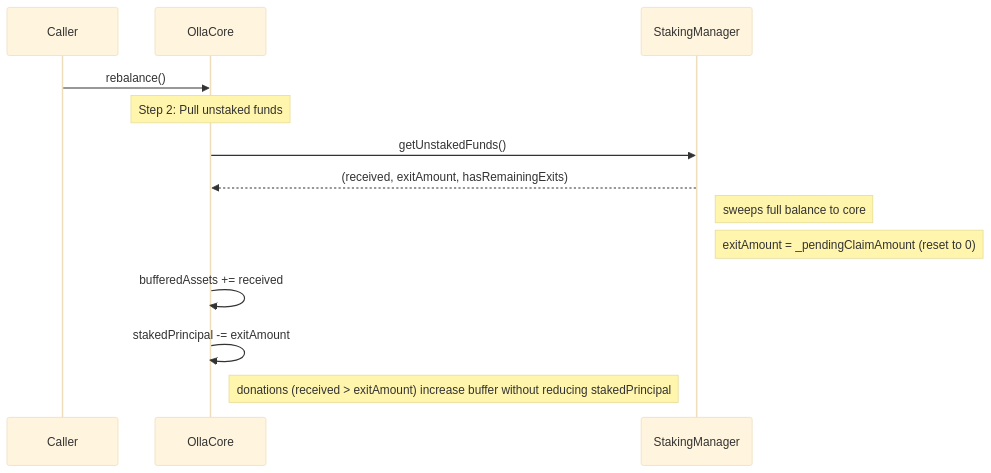
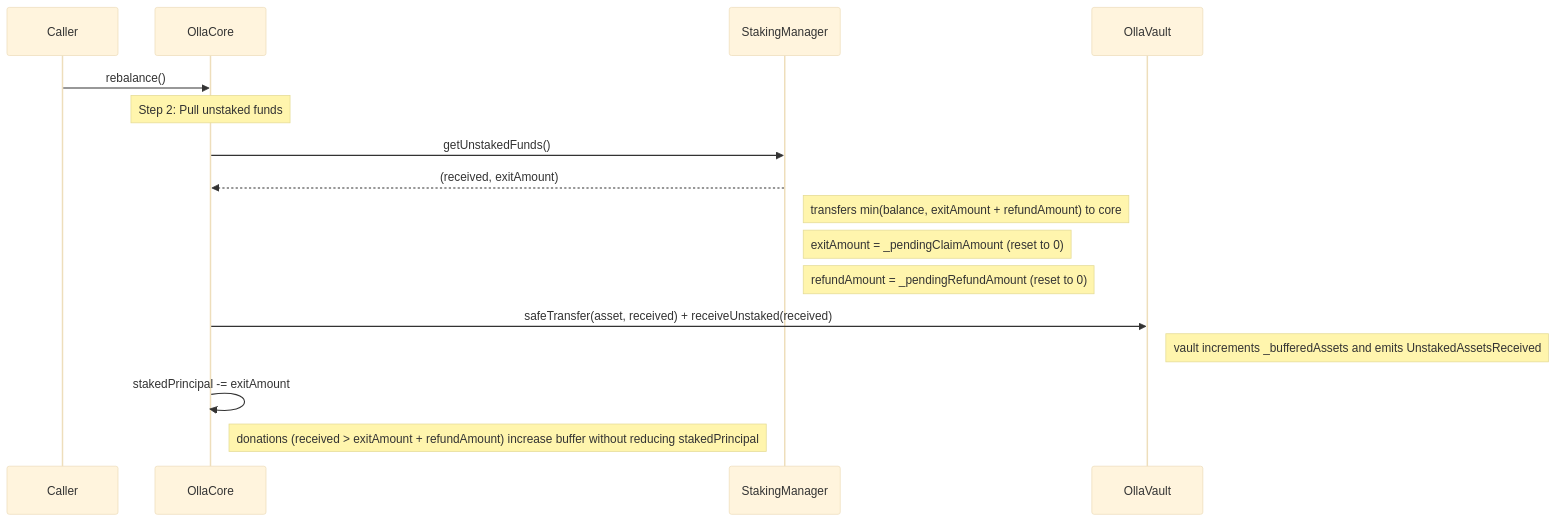
Before and after one commit to ollafinance/core: the fourth of 10 diagrams in docs/architecture/operator-actions.md, drawn with Mermaid (base theme). The commit also changed other lines of this file and 180 other files, not shown here.

````diff
--- a/docs/architecture/operator-actions.md
+++ b/docs/architecture/operator-actions.md
@@ -101,16 +101,19 @@
 ```mermaid
 sequenceDiagram
     participant A as Caller
     participant C as OllaCore
     participant SM as StakingManager
+    participant V as OllaVault
 
     A->>C: rebalance()
     Note over C: Step 2: Pull unstaked funds
     C->>SM: getUnstakedFunds()
-    SM-->>C: (received, exitAmount, hasRemainingExits)
-    Note right of SM: sweeps full balance to core
+    SM-->>C: (received, exitAmount)
+    Note right of SM: transfers min(balance, exitAmount + refundAmount) to core
     Note right of SM: exitAmount = _pendingClaimAmount (reset to 0)
-    C->>C: bufferedAssets += received
+    Note right of SM: refundAmount = _pendingRefundAmount (reset to 0)
+    C->>V: safeTransfer(asset, received) + receiveUnstaked(received)
+    Note right of V: vault increments _bufferedAssets and emits UnstakedAssetsReceived
     C->>C: stakedPrincipal -= exitAmount
-    Note right of C: donations (received > exitAmount) increase buffer without reducing stakedPrincipal
+    Note right of C: donations (received > exitAmount + refundAmount) increase buffer without reducing stakedPrincipal
 ```
````
